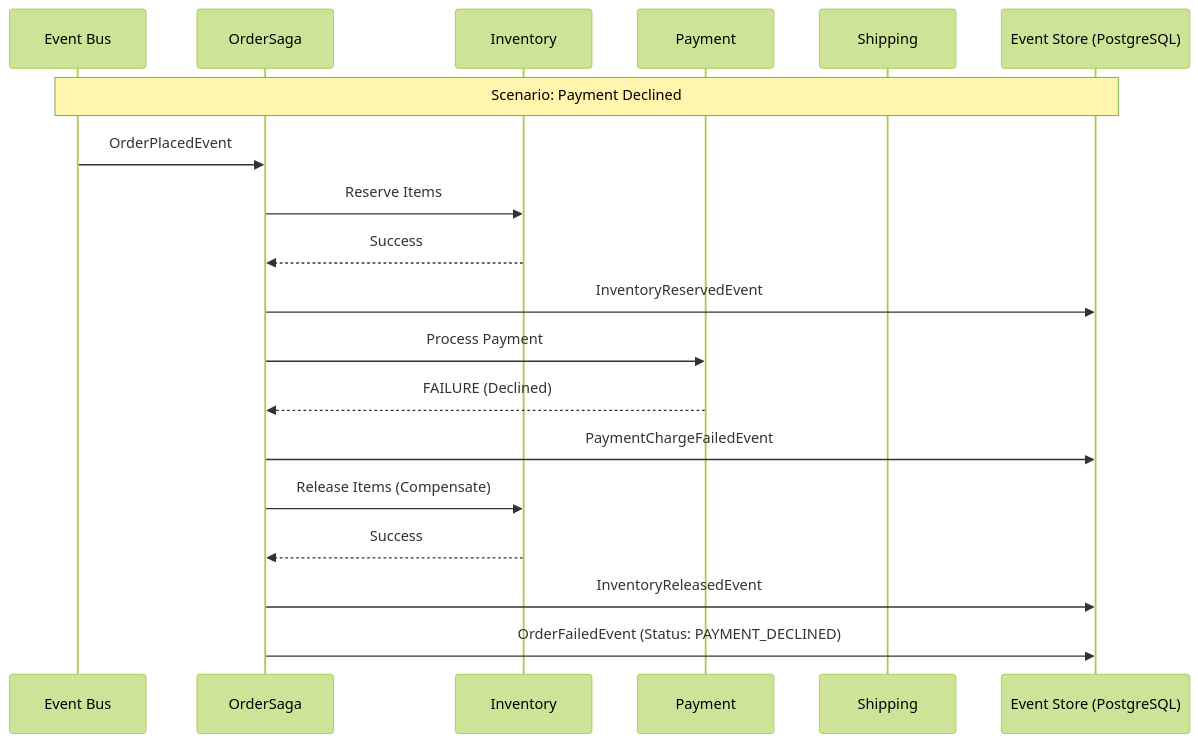
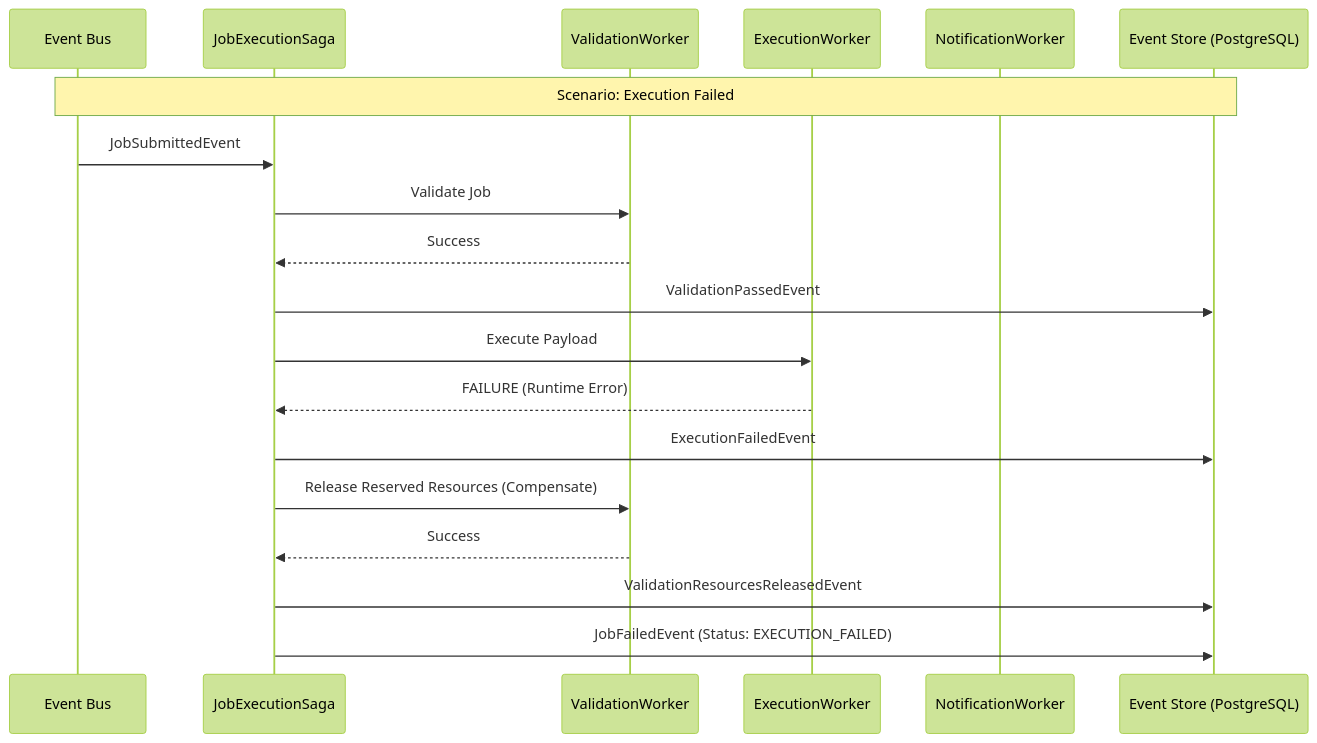
Before and after one commit to jhanvi857/Evora: the second of 2 diagrams in README.md, drawn with Mermaid (forest theme). The commit also changed other lines of this file and 5 other files, not shown here.

````diff
--- a/README.md
+++ b/README.md
@@ -60,22 +60,22 @@
 ```mermaid
 sequenceDiagram
     participant B as Event Bus
-    participant S as OrderSaga
-    participant I as Inventory
-    participant P as Payment
-    participant H as Shipping
+    participant S as JobExecutionSaga
+    participant V as ValidationWorker
+    participant X as ExecutionWorker
+    participant N as NotificationWorker
     participant E as Event Store (PostgreSQL)
 
-    Note over B,E: Scenario: Payment Declined
-    B->>S: OrderPlacedEvent
-    S->>I: Reserve Items
-    I-->>S: Success
-    S->>E: InventoryReservedEvent
-    S->>P: Process Payment
-    P-->>S: FAILURE (Declined)
-    S->>E: PaymentChargeFailedEvent
-    S->>I: Release Items (Compensate)
-    I-->>S: Success
-    S->>E: InventoryReleasedEvent
-    S->>E: OrderFailedEvent (Status: PAYMENT_DECLINED)
+    Note over B,E: Scenario: Execution Failed
+    B->>S: JobSubmittedEvent
+    S->>V: Validate Job
+    V-->>S: Success
+    S->>E: ValidationPassedEvent
+    S->>X: Execute Payload
+    X-->>S: FAILURE (Runtime Error)
+    S->>E: ExecutionFailedEvent
+    S->>V: Release Reserved Resources (Compensate)
+    V-->>S: Success
+    S->>E: ValidationResourcesReleasedEvent
+    S->>E: JobFailedEvent (Status: EXECUTION_FAILED)
 ```
````
